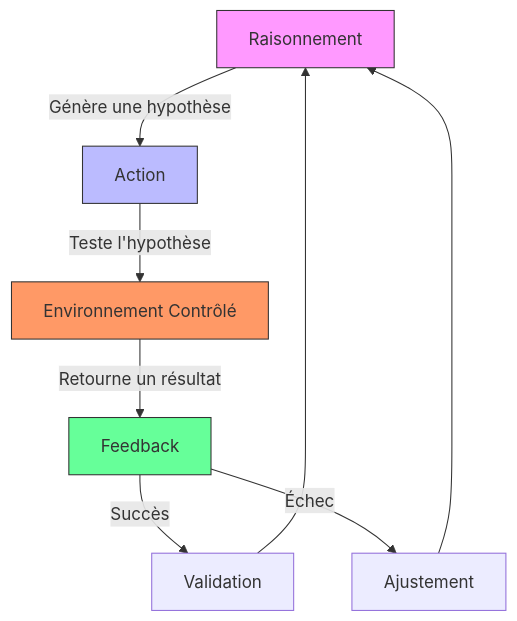
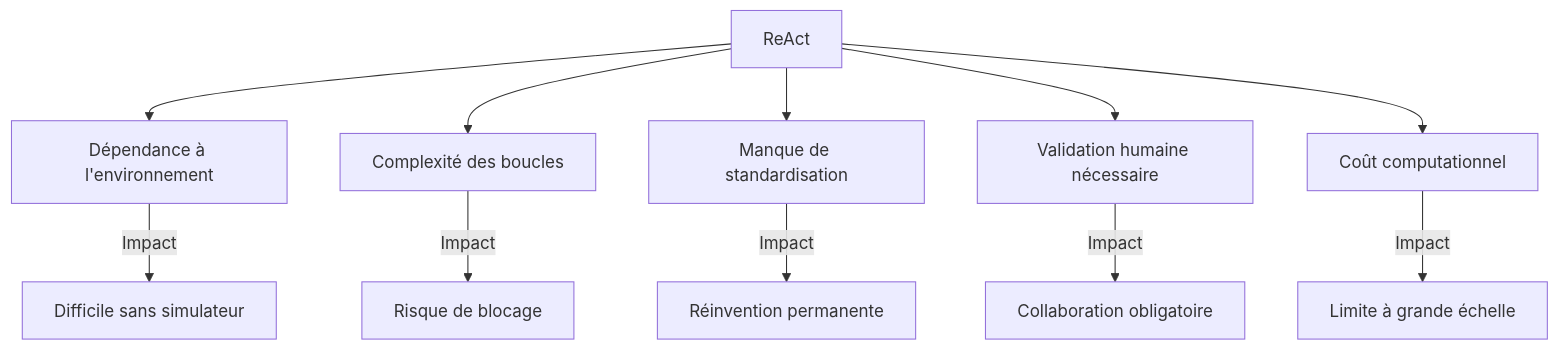
The second of 4 diagrams in doc/Agentic_Approach.md (xwarzee/uav_in_rust), drawn with Mermaid before and after one commit. The commit also changed other lines of this file, not shown here.

````diff
--- a/doc/Agentic_Approach.md
+++ b/doc/Agentic_Approach.md
@@ -64,15 +56,15 @@
 ```mermaid
-%% Diagramme : Boucle ReAct
+%% Diagramme : Limites de ReAct
 flowchart TD
-    A[Raisonnement] -->|Génère une hypothèse| B[Action]
-    B -->|Teste l'hypothèse| C[Environnement Contrôlé]
-    C -->|Retourne un résultat| D[Feedback]
-    D -->|Succès| E[Validation]
-    D -->|Échec| F[Ajustement]
-    E --> A
-    F --> A
-    style A fill:#f9f,stroke:#333
-    style B fill:#bbf,stroke:#333
-    style C fill:#f96,stroke:#333
-    style D fill:#6f9,stroke:#333
+    A[ReAct] --> B[Dépendance à l'environnement]
+    A --> C[Complexité des boucles]
+    A --> D[Manque de standardisation]
+    A --> E[Validation humaine nécessaire]
+    A --> F[Coût computationnel]
+    
+    B -->|Impact| G[Difficile sans simulateur]
+    C -->|Impact| H[Risque de blocage]
+    D -->|Impact| I[Réinvention permanente]
+    E -->|Impact| J[Collaboration obligatoire]
+    F -->|Impact| K[Limite à grande échelle]
 ```
````
